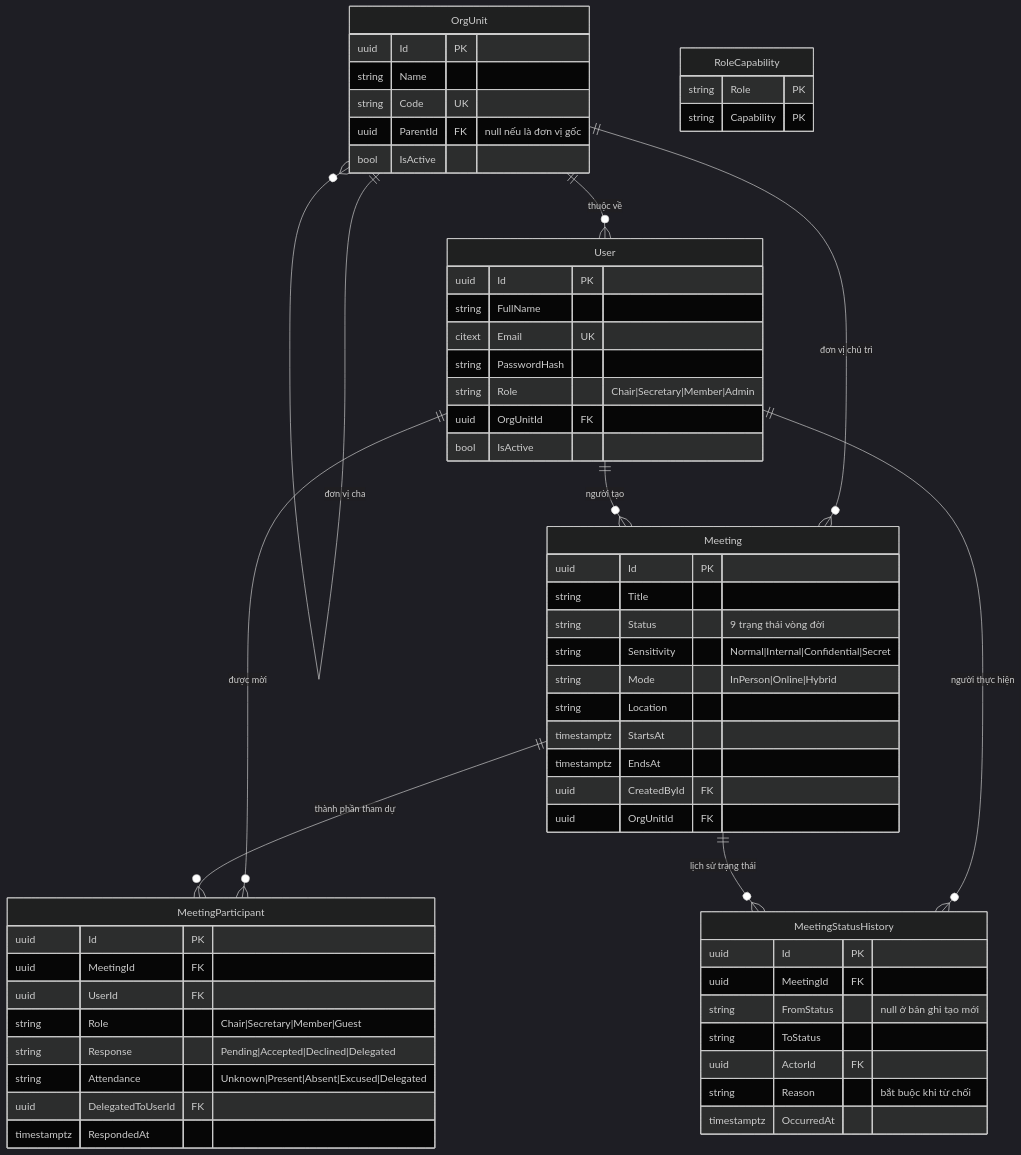
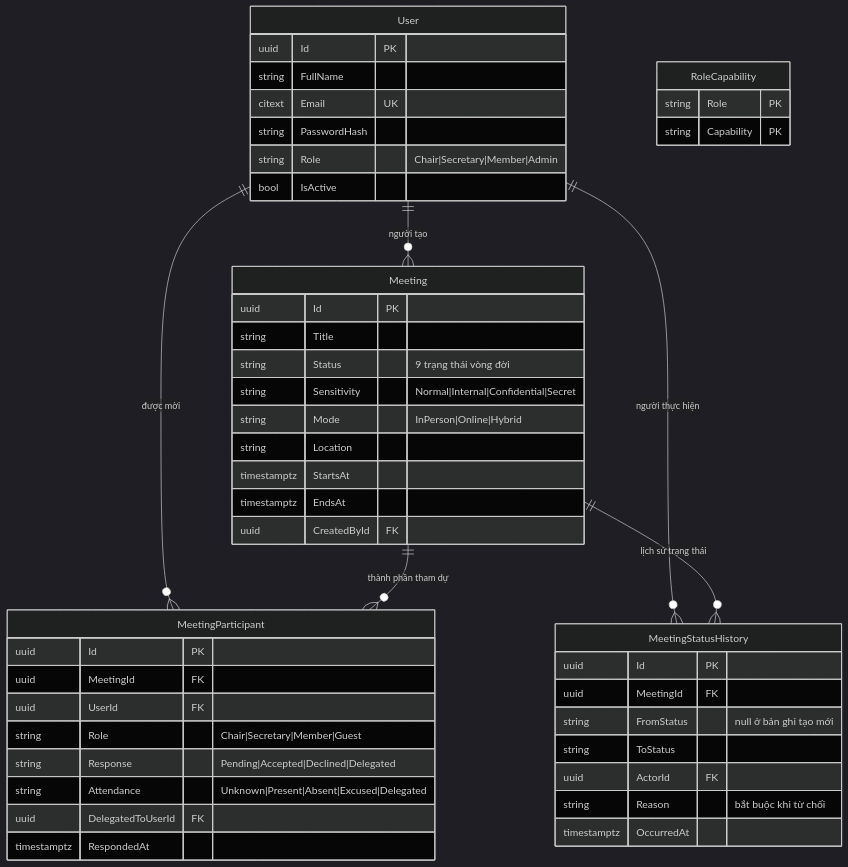
Before and after one commit to callmehai/FU-FA26-G116: the first of 5 diagrams in docs/02-design/02-erd.md, drawn with Mermaid (dark theme). The commit also changed other lines of this file and 30 other files, not shown here.

````diff
--- a/docs/02-design/02-erd.md
+++ b/docs/02-design/02-erd.md
@@ -37,63 +37,51 @@
 ```mermaid
 erDiagram
-    OrgUnit ||--o{ OrgUnit : "đơn vị cha"
-    OrgUnit ||--o{ User : "thuộc về"
-    OrgUnit ||--o{ Meeting : "đơn vị chủ trì"
     User ||--o{ Meeting : "người tạo"
     User ||--o{ MeetingParticipant : "được mời"
     User ||--o{ MeetingStatusHistory : "người thực hiện"
     Meeting ||--o{ MeetingParticipant : "thành phần tham dự"
     Meeting ||--o{ MeetingStatusHistory : "lịch sử trạng thái"
 
-    OrgUnit {
-        uuid Id PK
-        string Name
-        string Code UK
-        uuid ParentId FK "null nếu là đơn vị gốc"
-        bool IsActive
-    }
     User {
         uuid Id PK
         string FullName
         citext Email UK
         string PasswordHash
         string Role "Chair|Secretary|Member|Admin"
-        uuid OrgUnitId FK
         bool IsActive
     }
     RoleCapability {
         string Role PK
         string Capability PK
     }
     Meeting {
         uuid Id PK
         string Title
         string Status "9 trạng thái vòng đời"
         string Sensitivity "Normal|Internal|Confidential|Secret"
         string Mode "InPerson|Online|Hybrid"
         string Location
         timestamptz StartsAt
         timestamptz EndsAt
         uuid CreatedById FK
-        uuid OrgUnitId FK
     }
     MeetingParticipant {
         uuid Id PK
         uuid MeetingId FK
         uuid UserId FK
         string Role "Chair|Secretary|Member|Guest"
         string Response "Pending|Accepted|Declined|Delegated"
         string Attendance "Unknown|Present|Absent|Excused|Delegated"
         uuid DelegatedToUserId FK
         timestamptz RespondedAt
     }
     MeetingStatusHistory {
         uuid Id PK
         uuid MeetingId FK
         string FromStatus "null ở bản ghi tạo mới"
         string ToStatus
         uuid ActorId FK
         string Reason "bắt buộc khi từ chối"
         timestamptz OccurredAt
     }
 ```
````
